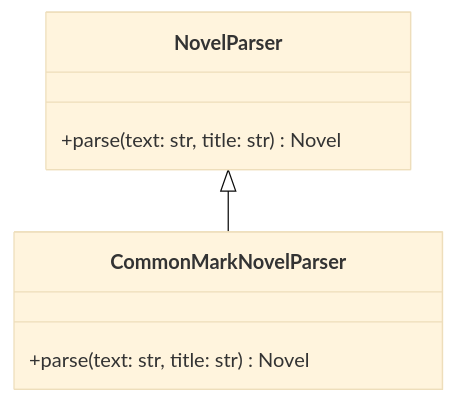
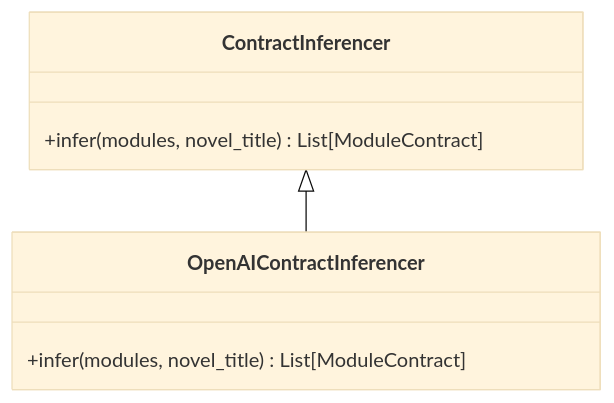
The third of 6 diagrams in docs/software-design.md (mattbriggs/novel_testbed_app), drawn with Mermaid (base theme) before and after one commit. The commit also changed other lines of this file and 26 other files, not shown here.

````diff
--- a/docs/software-design.md
+++ b/docs/software-design.md
@@ -102,12 +118,10 @@
 ```mermaid
 classDiagram
-    class NovelParser {
-        +parse(text: str, title: str) Novel
+    class ContractInferencer {
+        +infer(modules, novel_title) List[ModuleContract]
     }
-
-    class CommonMarkNovelParser {
-        +parse(text: str, title: str) Novel
+    class OpenAIContractInferencer {
+        +infer(modules, novel_title) List[ModuleContract]
     }
-
-    NovelParser <|-- CommonMarkNovelParser
+    ContractInferencer <|-- OpenAIContractInferencer
 ```
````
